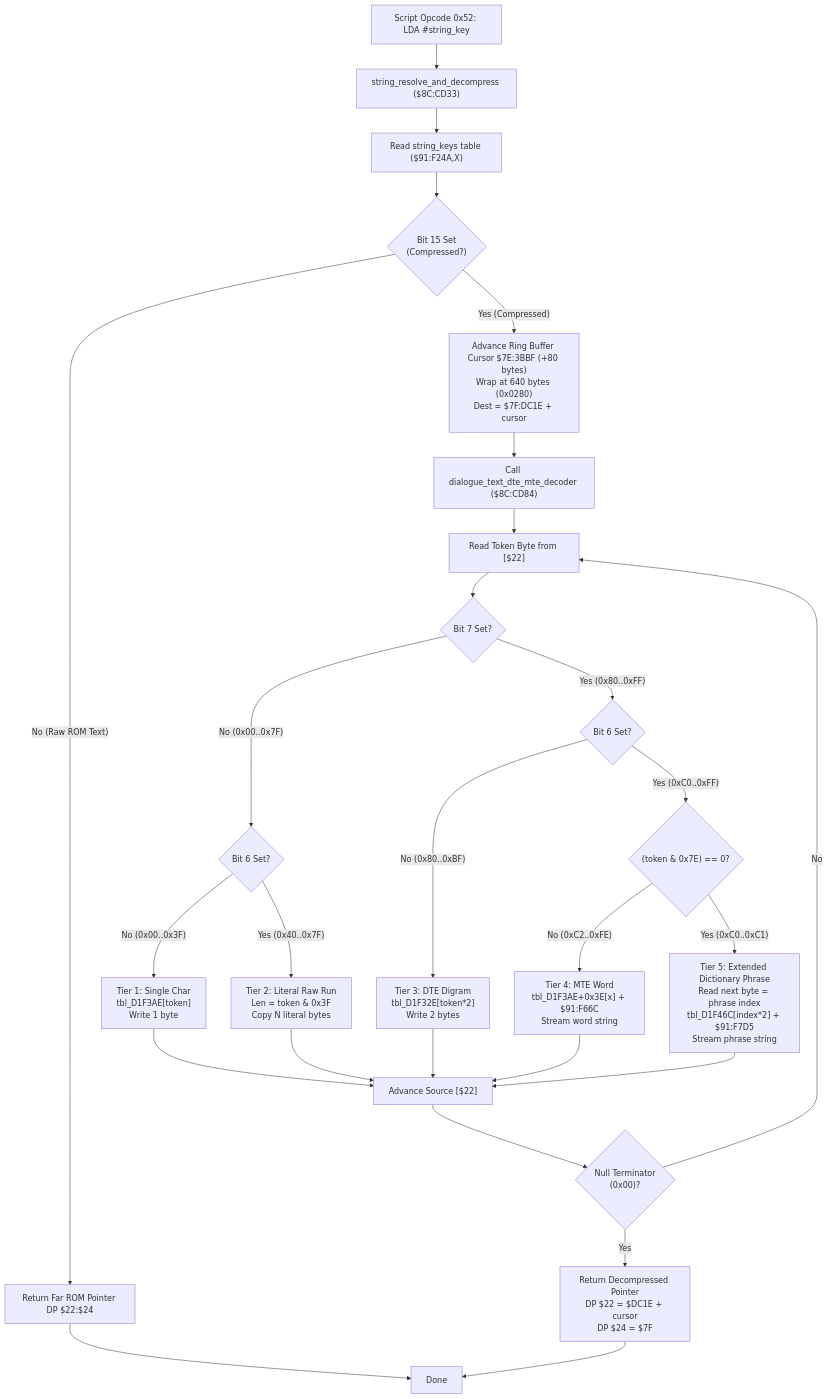
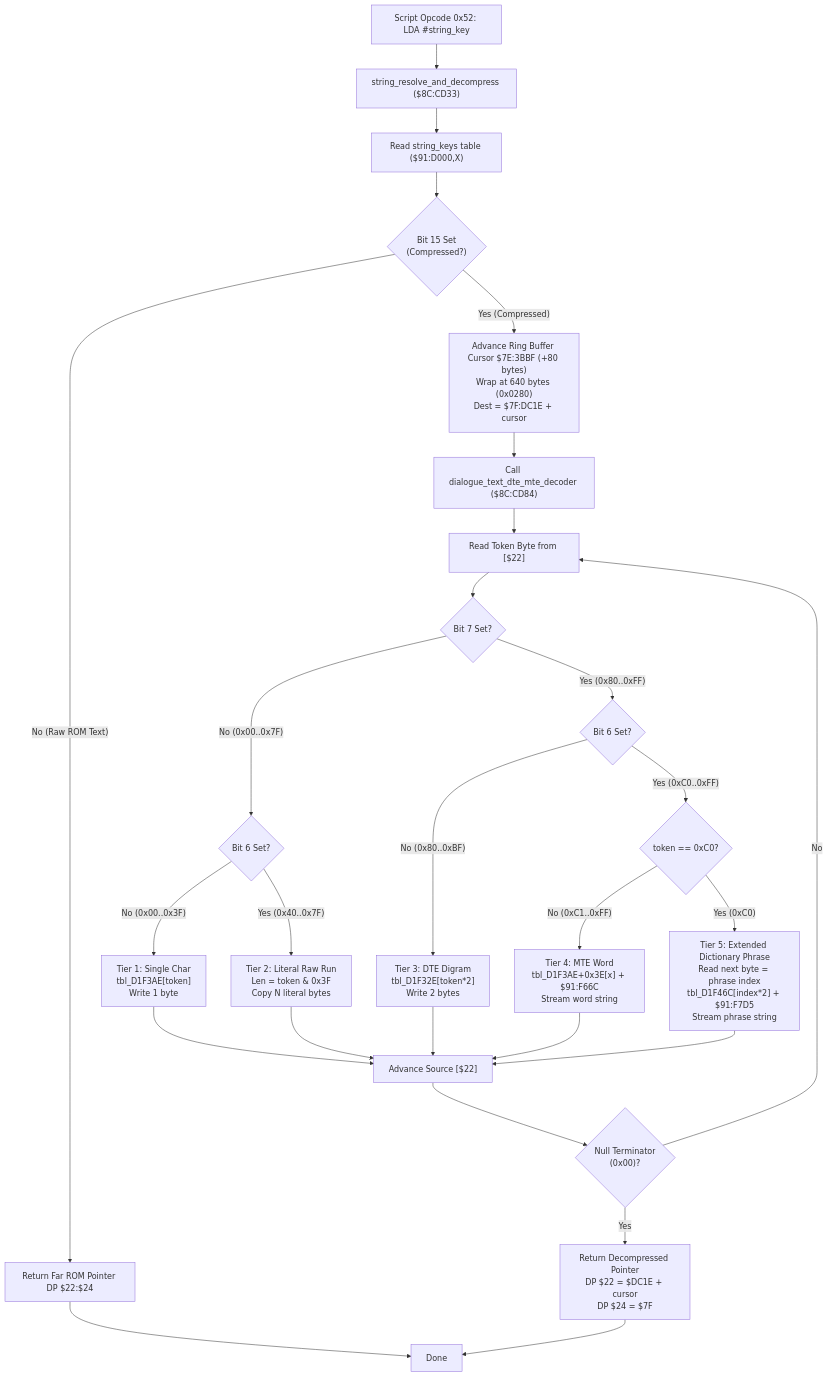
One commit to r-bin/everscript-vscode changed the diagram in docs/disassembly/ui/dialogue-text-decoder.md. Above: the diagram before and after it, drawn with Mermaid. The commit also changed other lines of this file and 10 other files, not shown here.

First line of the commit message:
v0.442.0: [Open Evermore] S4 strings by name as text, key table generated, proven moved

````diff
--- a/docs/disassembly/ui/dialogue-text-decoder.md
+++ b/docs/disassembly/ui/dialogue-text-decoder.md
@@ -33,35 +32,35 @@
 ```mermaid
 flowchart TD
     VM["Script Opcode 0x52: LDA #string_key"] --> Resolve["string_resolve_and_decompress ($8C:CD33)"]
-    Resolve --> ReadKey["Read string_keys table ($91:F24A,X)"]
+    Resolve --> ReadKey["Read string_keys table ($91:D000,X)"]
     ReadKey --> CheckComp{"Bit 15 Set<br/>(Compressed?)"}
     
     CheckComp -- "No (Raw ROM Text)" --> FarROM["Return Far ROM Pointer DP $22:$24"] --> Done["Done"]
     
     CheckComp -- "Yes (Compressed)" --> Alloc["Advance Ring Buffer Cursor $7E:3BBF (+80 bytes)<br/>Wrap at 640 bytes (0x0280)<br/>Dest = $7F:DC1E + cursor"]
     Alloc --> Decode["Call dialogue_text_dte_mte_decoder ($8C:CD84)"]
     
     Decode --> ReadToken["Read Token Byte from [$22]"]
     ReadToken --> Bit7{"Bit 7 Set?"}
     
     Bit7 -- "No (0x00..0x7F)" --> Bit6A{"Bit 6 Set?"}
     Bit6A -- "No (0x00..0x3F)" --> SingleChar["Tier 1: Single Char<br/>tbl_D1F3AE[token]<br/>Write 1 byte"]
     Bit6A -- "Yes (0x40..0x7F)" --> RawRun["Tier 2: Literal Raw Run<br/>Len = token & 0x3F<br/>Copy N literal bytes"]
     
     Bit7 -- "Yes (0x80..0xFF)" --> Bit6B{"Bit 6 Set?"}
     Bit6B -- "No (0x80..0xBF)" --> DTE["Tier 3: DTE Digram<br/>tbl_D1F32E[token*2]<br/>Write 2 bytes"]
     
-    Bit6B -- "Yes (0xC0..0xFF)" --> CheckDict{"(token & 0x7E) == 0?"}
-    CheckDict -- "No (0xC2..0xFE)" --> MTE["Tier 4: MTE Word<br/>tbl_D1F3AE+0x3E[x] + $91:F66C<br/>Stream word string"]
-    CheckDict -- "Yes (0xC0..0xC1)" --> Dict["Tier 5: Extended Dictionary Phrase<br/>Read next byte = phrase index<br/>tbl_D1F46C[index*2] + $91:F7D5<br/>Stream phrase string"]
+    Bit6B -- "Yes (0xC0..0xFF)" --> CheckDict{"token == 0xC0?"}
+    CheckDict -- "No (0xC1..0xFF)" --> MTE["Tier 4: MTE Word<br/>tbl_D1F3AE+0x3E[x] + $91:F66C<br/>Stream word string"]
+    CheckDict -- "Yes (0xC0)" --> Dict["Tier 5: Extended Dictionary Phrase<br/>Read next byte = phrase index<br/>tbl_D1F46C[index*2] + $91:F7D5<br/>Stream phrase string"]
     
     SingleChar --> NextToken["Advance Source [$22]"]
     RawRun --> NextToken
     DTE --> NextToken
     MTE --> NextToken
     Dict --> NextToken
     
     NextToken --> CheckNull{"Null Terminator<br/>(0x00)?"}
     CheckNull -- "No" --> ReadToken
     CheckNull -- "Yes" --> ReturnWRAM["Return Decompressed Pointer<br/>DP $22 = $DC1E + cursor<br/>DP $24 = $7F"] --> Done
 ```
````
